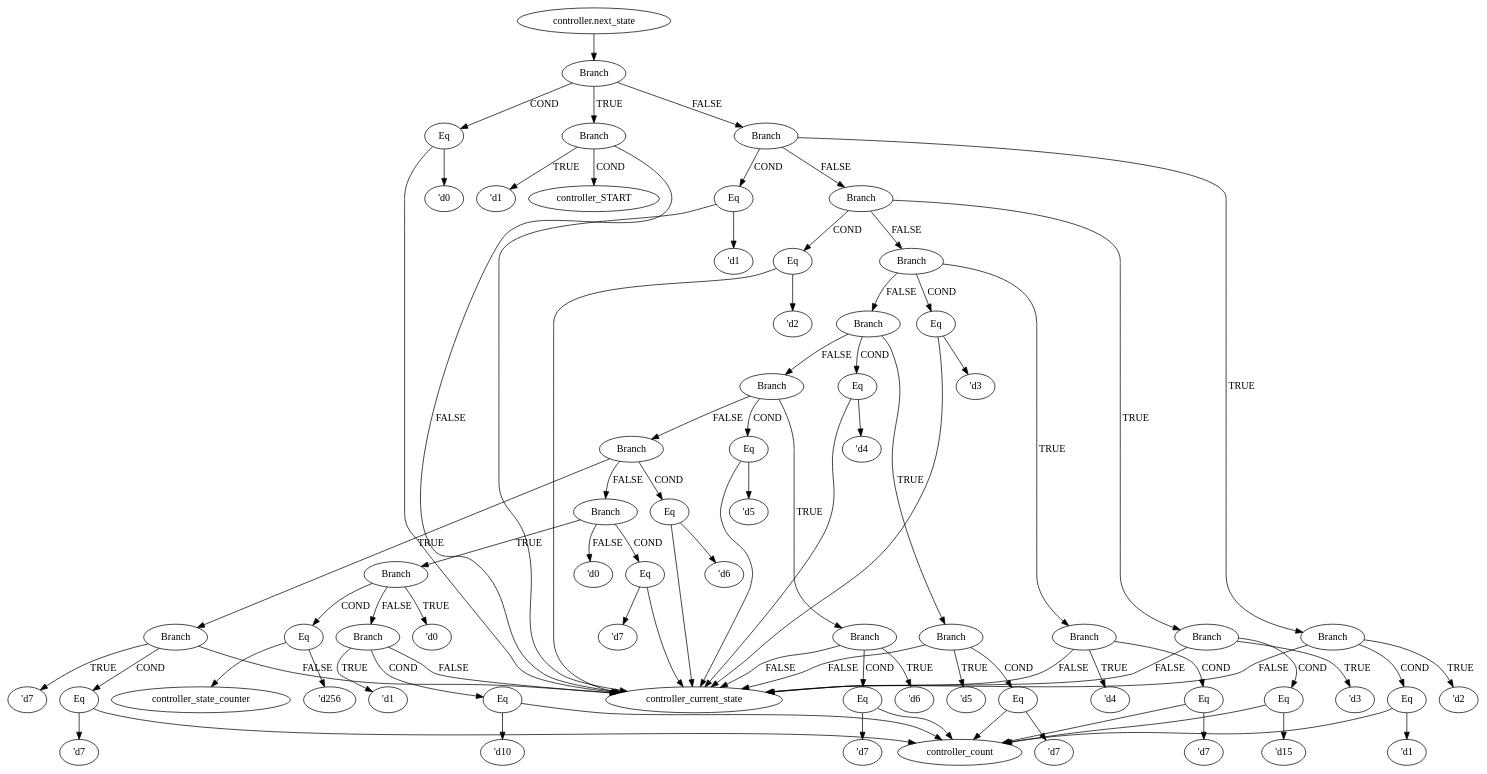
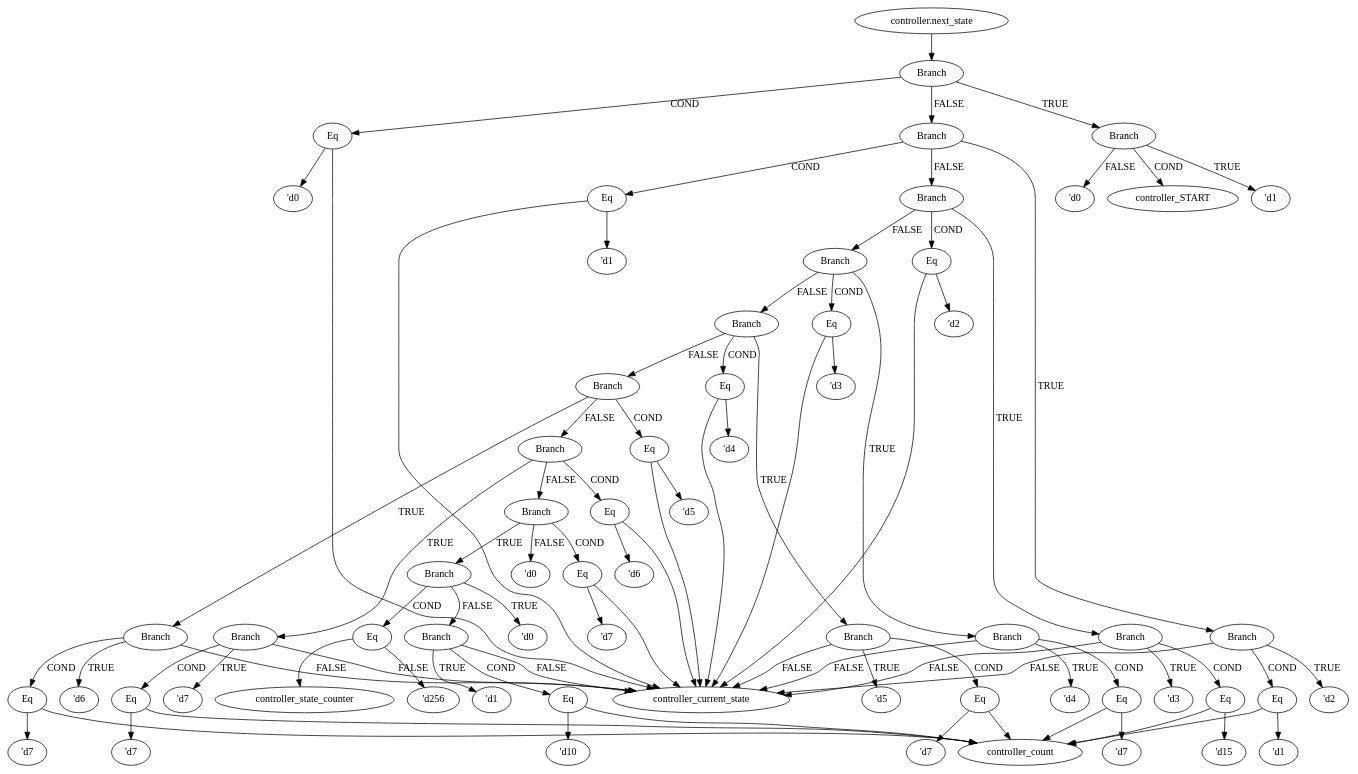
Before and after one commit to vnay01/MasterThesis: the diagram in controller.dot, drawn with Graphviz. The commit also changed 21 other files, not shown here.

```diff
--- a/controller.dot
+++ b/controller.dot
@@ -13,17 +13,15 @@
 		label=Branch];
 	Branch_graphrename_1 -> Branch_graphrename_4	[color=black,
 		label=TRUE];
-	Branch_graphrename_6	[color=black,
+	Branch_graphrename_7	[color=black,
 		label=Branch];
-	Branch_graphrename_1 -> Branch_graphrename_6	[color=black,
+	Branch_graphrename_1 -> Branch_graphrename_7	[color=black,
 		label=FALSE];
 	controller_current_state	[color=black];
 	Eq_graphrename_2 -> controller_current_state	[color=black];
 	"'d0_graphrename_3"	[color=black,
 		label="'d0"];
 	Eq_graphrename_2 -> "'d0_graphrename_3"	[color=black];
-	Branch_graphrename_4 -> controller_current_state	[color=black,
-		label=FALSE];
 	controller_START	[color=black];
 	Branch_graphrename_4 -> controller_START	[color=black,
 		label=COND];
@@ -31,232 +29,236 @@
 		label="'d1"];
 	Branch_graphrename_4 -> "'d1_graphrename_5"	[color=black,
 		label=TRUE];
-	Eq_graphrename_7	[color=black,
+	"'d0_graphrename_6"	[color=black,
+		label="'d0"];
+	Branch_graphrename_4 -> "'d0_graphrename_6"	[color=black,
+		label=FALSE];
+	Eq_graphrename_8	[color=black,
 		label=Eq];
-	Branch_graphrename_6 -> Eq_graphrename_7	[color=black,
+	Branch_graphrename_7 -> Eq_graphrename_8	[color=black,
 		label=COND];
-	Branch_graphrename_9	[color=black,
+	Branch_graphrename_10	[color=black,
 		label=Branch];
-	Branch_graphrename_6 -> Branch_graphrename_9	[color=black,
+	Branch_graphrename_7 -> Branch_graphrename_10	[color=black,
 		label=TRUE];
-	Branch_graphrename_13	[color=black,
+	Branch_graphrename_14	[color=black,
 		label=Branch];
-	Branch_graphrename_6 -> Branch_graphrename_13	[color=black,
+	Branch_graphrename_7 -> Branch_graphrename_14	[color=black,
 		label=FALSE];
-	Eq_graphrename_7 -> controller_current_state	[color=black];
-	"'d1_graphrename_8"	[color=black,
+	Eq_graphrename_8 -> controller_current_state	[color=black];
+	"'d1_graphrename_9"	[color=black,
 		label="'d1"];
-	Eq_graphrename_7 -> "'d1_graphrename_8"	[color=black];
-	Branch_graphrename_9 -> controller_current_state	[color=black,
+	Eq_graphrename_8 -> "'d1_graphrename_9"	[color=black];
+	Branch_graphrename_10 -> controller_current_state	[color=black,
 		label=FALSE];
-	Eq_graphrename_10	[color=black,
+	Eq_graphrename_11	[color=black,
 		label=Eq];
-	Branch_graphrename_9 -> Eq_graphrename_10	[color=black,
+	Branch_graphrename_10 -> Eq_graphrename_11	[color=black,
 		label=COND];
-	"'d2_graphrename_12"	[color=black,
+	"'d2_graphrename_13"	[color=black,
 		label="'d2"];
-	Branch_graphrename_9 -> "'d2_graphrename_12"	[color=black,
+	Branch_graphrename_10 -> "'d2_graphrename_13"	[color=black,
 		label=TRUE];
 	controller_count	[color=black];
-	Eq_graphrename_10 -> controller_count	[color=black];
-	"'d1_graphrename_11"	[color=black,
+	Eq_graphrename_11 -> controller_count	[color=black];
+	"'d1_graphrename_12"	[color=black,
 		label="'d1"];
-	Eq_graphrename_10 -> "'d1_graphrename_11"	[color=black];
-	Eq_graphrename_14	[color=black,
+	Eq_graphrename_11 -> "'d1_graphrename_12"	[color=black];
+	Eq_graphrename_15	[color=black,
 		label=Eq];
-	Branch_graphrename_13 -> Eq_graphrename_14	[color=black,
+	Branch_graphrename_14 -> Eq_graphrename_15	[color=black,
 		label=COND];
-	Branch_graphrename_16	[color=black,
+	Branch_graphrename_17	[color=black,
 		label=Branch];
-	Branch_graphrename_13 -> Branch_graphrename_16	[color=black,
+	Branch_graphrename_14 -> Branch_graphrename_17	[color=black,
 		label=TRUE];
-	Branch_graphrename_20	[color=black,
+	Branch_graphrename_21	[color=black,
 		label=Branch];
-	Branch_graphrename_13 -> Branch_graphrename_20	[color=black,
+	Branch_graphrename_14 -> Branch_graphrename_21	[color=black,
 		label=FALSE];
-	Eq_graphrename_14 -> controller_current_state	[color=black];
-	"'d2_graphrename_15"	[color=black,
+	Eq_graphrename_15 -> controller_current_state	[color=black];
+	"'d2_graphrename_16"	[color=black,
 		label="'d2"];
-	Eq_graphrename_14 -> "'d2_graphrename_15"	[color=black];
-	Branch_graphrename_16 -> controller_current_state	[color=black,
+	Eq_graphrename_15 -> "'d2_graphrename_16"	[color=black];
+	Branch_graphrename_17 -> controller_current_state	[color=black,
 		label=FALSE];
-	Eq_graphrename_17	[color=black,
+	Eq_graphrename_18	[color=black,
 		label=Eq];
-	Branch_graphrename_16 -> Eq_graphrename_17	[color=black,
+	Branch_graphrename_17 -> Eq_graphrename_18	[color=black,
 		label=COND];
-	"'d3_graphrename_19"	[color=black,
+	"'d3_graphrename_20"	[color=black,
 		label="'d3"];
-	Branch_graphrename_16 -> "'d3_graphrename_19"	[color=black,
+	Branch_graphrename_17 -> "'d3_graphrename_20"	[color=black,
 		label=TRUE];
-	Eq_graphrename_17 -> controller_count	[color=black];
-	"'d15_graphrename_18"	[color=black,
+	Eq_graphrename_18 -> controller_count	[color=black];
+	"'d15_graphrename_19"	[color=black,
 		label="'d15"];
-	Eq_graphrename_17 -> "'d15_graphrename_18"	[color=black];
-	Eq_graphrename_21	[color=black,
+	Eq_graphrename_18 -> "'d15_graphrename_19"	[color=black];
+	Eq_graphrename_22	[color=black,
 		label=Eq];
-	Branch_graphrename_20 -> Eq_graphrename_21	[color=black,
+	Branch_graphrename_21 -> Eq_graphrename_22	[color=black,
 		label=COND];
-	Branch_graphrename_23	[color=black,
+	Branch_graphrename_24	[color=black,
 		label=Branch];
-	Branch_graphrename_20 -> Branch_graphrename_23	[color=black,
+	Branch_graphrename_21 -> Branch_graphrename_24	[color=black,
 		label=TRUE];
-	Branch_graphrename_27	[color=black,
+	Branch_graphrename_28	[color=black,
 		label=Branch];
-	Branch_graphrename_20 -> Branch_graphrename_27	[color=black,
+	Branch_graphrename_21 -> Branch_graphrename_28	[color=black,
 		label=FALSE];
-	Eq_graphrename_21 -> controller_current_state	[color=black];
-	"'d3_graphrename_22"	[color=black,
+	Eq_graphrename_22 -> controller_current_state	[color=black];
+	"'d3_graphrename_23"	[color=black,
 		label="'d3"];
-	Eq_graphrename_21 -> "'d3_graphrename_22"	[color=black];
-	Branch_graphrename_23 -> controller_current_state	[color=black,
+	Eq_graphrename_22 -> "'d3_graphrename_23"	[color=black];
+	Branch_graphrename_24 -> controller_current_state	[color=black,
 		label=FALSE];
-	Eq_graphrename_24	[color=black,
+	Eq_graphrename_25	[color=black,
 		label=Eq];
-	Branch_graphrename_23 -> Eq_graphrename_24	[color=black,
+	Branch_graphrename_24 -> Eq_graphrename_25	[color=black,
 		label=COND];
-	"'d4_graphrename_26"	[color=black,
+	"'d4_graphrename_27"	[color=black,
 		label="'d4"];
-	Branch_graphrename_23 -> "'d4_graphrename_26"	[color=black,
+	Branch_graphrename_24 -> "'d4_graphrename_27"	[color=black,
 		label=TRUE];
-	Eq_graphrename_24 -> controller_count	[color=black];
-	"'d7_graphrename_25"	[color=black,
+	Eq_graphrename_25 -> controller_count	[color=black];
+	"'d7_graphrename_26"	[color=black,
 		label="'d7"];
-	Eq_graphrename_24 -> "'d7_graphrename_25"	[color=black];
-	Eq_graphrename_28	[color=black,
+	Eq_graphrename_25 -> "'d7_graphrename_26"	[color=black];
+	Eq_graphrename_29	[color=black,
 		label=Eq];
-	Branch_graphrename_27 -> Eq_graphrename_28	[color=black,
+	Branch_graphrename_28 -> Eq_graphrename_29	[color=black,
 		label=COND];
-	Branch_graphrename_30	[color=black,
+	Branch_graphrename_31	[color=black,
 		label=Branch];
-	Branch_graphrename_27 -> Branch_graphrename_30	[color=black,
+	Branch_graphrename_28 -> Branch_graphrename_31	[color=black,
 		label=TRUE];
-	Branch_graphrename_34	[color=black,
+	Branch_graphrename_35	[color=black,
 		label=Branch];
-	Branch_graphrename_27 -> Branch_graphrename_34	[color=black,
+	Branch_graphrename_28 -> Branch_graphrename_35	[color=black,
 		label=FALSE];
-	Eq_graphrename_28 -> controller_current_state	[color=black];
-	"'d4_graphrename_29"	[color=black,
+	Eq_graphrename_29 -> controller_current_state	[color=black];
+	"'d4_graphrename_30"	[color=black,
 		label="'d4"];
-	Eq_graphrename_28 -> "'d4_graphrename_29"	[color=black];
-	Branch_graphrename_30 -> controller_current_state	[color=black,
+	Eq_graphrename_29 -> "'d4_graphrename_30"	[color=black];
+	Branch_graphrename_31 -> controller_current_state	[color=black,
 		label=FALSE];
-	Eq_graphrename_31	[color=black,
+	Eq_graphrename_32	[color=black,
 		label=Eq];
-	Branch_graphrename_30 -> Eq_graphrename_31	[color=black,
+	Branch_graphrename_31 -> Eq_graphrename_32	[color=black,
 		label=COND];
-	"'d5_graphrename_33"	[color=black,
+	"'d5_graphrename_34"	[color=black,
 		label="'d5"];
-	Branch_graphrename_30 -> "'d5_graphrename_33"	[color=black,
+	Branch_graphrename_31 -> "'d5_graphrename_34"	[color=black,
 		label=TRUE];
-	Eq_graphrename_31 -> controller_count	[color=black];
-	"'d7_graphrename_32"	[color=black,
+	Eq_graphrename_32 -> controller_count	[color=black];
+	"'d7_graphrename_33"	[color=black,
 		label="'d7"];
-	Eq_graphrename_31 -> "'d7_graphrename_32"	[color=black];
-	Eq_graphrename_35	[color=black,
+	Eq_graphrename_32 -> "'d7_graphrename_33"	[color=black];
+	Eq_graphrename_36	[color=black,
 		label=Eq];
-	Branch_graphrename_34 -> Eq_graphrename_35	[color=black,
+	Branch_graphrename_35 -> Eq_graphrename_36	[color=black,
 		label=COND];
-	Branch_graphrename_37	[color=black,
+	Branch_graphrename_38	[color=black,
 		label=Branch];
-	Branch_graphrename_34 -> Branch_graphrename_37	[color=black,
+	Branch_graphrename_35 -> Branch_graphrename_38	[color=black,
 		label=TRUE];
-	Branch_graphrename_41	[color=black,
+	Branch_graphrename_42	[color=black,
 		label=Branch];
-	Branch_graphrename_34 -> Branch_graphrename_41	[color=black,
+	Branch_graphrename_35 -> Branch_graphrename_42	[color=black,
 		label=FALSE];
-	Eq_graphrename_35 -> controller_current_state	[color=black];
-	"'d5_graphrename_36"	[color=black,
+	Eq_graphrename_36 -> controller_current_state	[color=black];
+	"'d5_graphrename_37"	[color=black,
 		label="'d5"];
-	Eq_graphrename_35 -> "'d5_graphrename_36"	[color=black];
-	Branch_graphrename_37 -> controller_current_state	[color=black,
+	Eq_graphrename_36 -> "'d5_graphrename_37"	[color=black];
+	Branch_graphrename_38 -> controller_current_state	[color=black,
 		label=FALSE];
-	Eq_graphrename_38	[color=black,
+	Eq_graphrename_39	[color=black,
 		label=Eq];
-	Branch_graphrename_37 -> Eq_graphrename_38	[color=black,
+	Branch_graphrename_38 -> Eq_graphrename_39	[color=black,
 		label=COND];
-	"'d6_graphrename_40"	[color=black,
+	"'d6_graphrename_41"	[color=black,
 		label="'d6"];
-	Branch_graphrename_37 -> "'d6_graphrename_40"	[color=black,
+	Branch_graphrename_38 -> "'d6_graphrename_41"	[color=black,
 		label=TRUE];
-	Eq_graphrename_38 -> controller_count	[color=black];
-	"'d7_graphrename_39"	[color=black,
+	Eq_graphrename_39 -> controller_count	[color=black];
+	"'d7_graphrename_40"	[color=black,
 		label="'d7"];
-	Eq_graphrename_38 -> "'d7_graphrename_39"	[color=black];
-	Eq_graphrename_42	[color=black,
+	Eq_graphrename_39 -> "'d7_graphrename_40"	[color=black];
+	Eq_graphrename_43	[color=black,
 		label=Eq];
-	Branch_graphrename_41 -> Eq_graphrename_42	[color=black,
+	Branch_graphrename_42 -> Eq_graphrename_43	[color=black,
 		label=COND];
-	Branch_graphrename_44	[color=black,
+	Branch_graphrename_45	[color=black,
 		label=Branch];
-	Branch_graphrename_41 -> Branch_graphrename_44	[color=black,
+	Branch_graphrename_42 -> Branch_graphrename_45	[color=black,
 		label=TRUE];
-	Branch_graphrename_48	[color=black,
+	Branch_graphrename_49	[color=black,
 		label=Branch];
-	Branch_graphrename_41 -> Branch_graphrename_48	[color=black,
+	Branch_graphrename_42 -> Branch_graphrename_49	[color=black,
 		label=FALSE];
-	Eq_graphrename_42 -> controller_current_state	[color=black];
-	"'d6_graphrename_43"	[color=black,
+	Eq_graphrename_43 -> controller_current_state	[color=black];
+	"'d6_graphrename_44"	[color=black,
 		label="'d6"];
-	Eq_graphrename_42 -> "'d6_graphrename_43"	[color=black];
-	Branch_graphrename_44 -> controller_current_state	[color=black,
+	Eq_graphrename_43 -> "'d6_graphrename_44"	[color=black];
+	Branch_graphrename_45 -> controller_current_state	[color=black,
 		label=FALSE];
-	Eq_graphrename_45	[color=black,
+	Eq_graphrename_46	[color=black,
 		label=Eq];
-	Branch_graphrename_44 -> Eq_graphrename_45	[color=black,
+	Branch_graphrename_45 -> Eq_graphrename_46	[color=black,
 		label=COND];
+	"'d7_graphrename_48"	[color=black,
+		label="'d7"];
+	Branch_graphrename_45 -> "'d7_graphrename_48"	[color=black,
+		label=TRUE];
+	Eq_graphrename_46 -> controller_count	[color=black];
 	"'d7_graphrename_47"	[color=black,
 		label="'d7"];
-	Branch_graphrename_44 -> "'d7_graphrename_47"	[color=black,
+	Eq_graphrename_46 -> "'d7_graphrename_47"	[color=black];
+	Eq_graphrename_50	[color=black,
+		label=Eq];
+	Branch_graphrename_49 -> Eq_graphrename_50	[color=black,
+		label=COND];
+	Branch_graphrename_52	[color=black,
+		label=Branch];
+	Branch_graphrename_49 -> Branch_graphrename_52	[color=black,
 		label=TRUE];
-	Eq_graphrename_45 -> controller_count	[color=black];
-	"'d7_graphrename_46"	[color=black,
+	"'d0_graphrename_60"	[color=black,
+		label="'d0"];
+	Branch_graphrename_49 -> "'d0_graphrename_60"	[color=black,
+		label=FALSE];
+	Eq_graphrename_50 -> controller_current_state	[color=black];
+	"'d7_graphrename_51"	[color=black,
 		label="'d7"];
-	Eq_graphrename_45 -> "'d7_graphrename_46"	[color=black];
-	Eq_graphrename_49	[color=black,
+	Eq_graphrename_50 -> "'d7_graphrename_51"	[color=black];
+	Eq_graphrename_53	[color=black,
 		label=Eq];
-	Branch_graphrename_48 -> Eq_graphrename_49	[color=black,
+	Branch_graphrename_52 -> Eq_graphrename_53	[color=black,
 		label=COND];
-	Branch_graphrename_51	[color=black,
+	"'d0_graphrename_55"	[color=black,
+		label="'d0"];
+	Branch_graphrename_52 -> "'d0_graphrename_55"	[color=black,
+		label=TRUE];
+	Branch_graphrename_56	[color=black,
 		label=Branch];
-	Branch_graphrename_48 -> Branch_graphrename_51	[color=black,
-		label=TRUE];
-	"'d0_graphrename_59"	[color=black,
-		label="'d0"];
-	Branch_graphrename_48 -> "'d0_graphrename_59"	[color=black,
-		label=FALSE];
-	Eq_graphrename_49 -> controller_current_state	[color=black];
-	"'d7_graphrename_50"	[color=black,
-		label="'d7"];
-	Eq_graphrename_49 -> "'d7_graphrename_50"	[color=black];
-	Eq_graphrename_52	[color=black,
-		label=Eq];
-	Branch_graphrename_51 -> Eq_graphrename_52	[color=black,
-		label=COND];
-	"'d0_graphrename_54"	[color=black,
-		label="'d0"];
-	Branch_graphrename_51 -> "'d0_graphrename_54"	[color=black,
-		label=TRUE];
-	Branch_graphrename_55	[color=black,
-		label=Branch];
-	Branch_graphrename_51 -> Branch_graphrename_55	[color=black,
+	Branch_graphrename_52 -> Branch_graphrename_56	[color=black,
 		label=FALSE];
 	controller_state_counter	[color=black];
-	Eq_graphrename_52 -> controller_state_counter	[color=black];
-	"'d256_graphrename_53"	[color=black,
+	Eq_graphrename_53 -> controller_state_counter	[color=black];
+	"'d256_graphrename_54"	[color=black,
 		label="'d256"];
-	Eq_graphrename_52 -> "'d256_graphrename_53"	[color=black];
-	Branch_graphrename_55 -> controller_current_state	[color=black,
+	Eq_graphrename_53 -> "'d256_graphrename_54"	[color=black];
+	Branch_graphrename_56 -> controller_current_state	[color=black,
 		label=FALSE];
-	Eq_graphrename_56	[color=black,
+	Eq_graphrename_57	[color=black,
 		label=Eq];
-	Branch_graphrename_55 -> Eq_graphrename_56	[color=black,
+	Branch_graphrename_56 -> Eq_graphrename_57	[color=black,
 		label=COND];
-	"'d1_graphrename_58"	[color=black,
+	"'d1_graphrename_59"	[color=black,
 		label="'d1"];
-	Branch_graphrename_55 -> "'d1_graphrename_58"	[color=black,
+	Branch_graphrename_56 -> "'d1_graphrename_59"	[color=black,
 		label=TRUE];
-	Eq_graphrename_56 -> controller_count	[color=black];
-	"'d10_graphrename_57"	[color=black,
+	Eq_graphrename_57 -> controller_count	[color=black];
+	"'d10_graphrename_58"	[color=black,
 		label="'d10"];
-	Eq_graphrename_56 -> "'d10_graphrename_57"	[color=black];
+	Eq_graphrename_57 -> "'d10_graphrename_58"	[color=black];
 }
```
